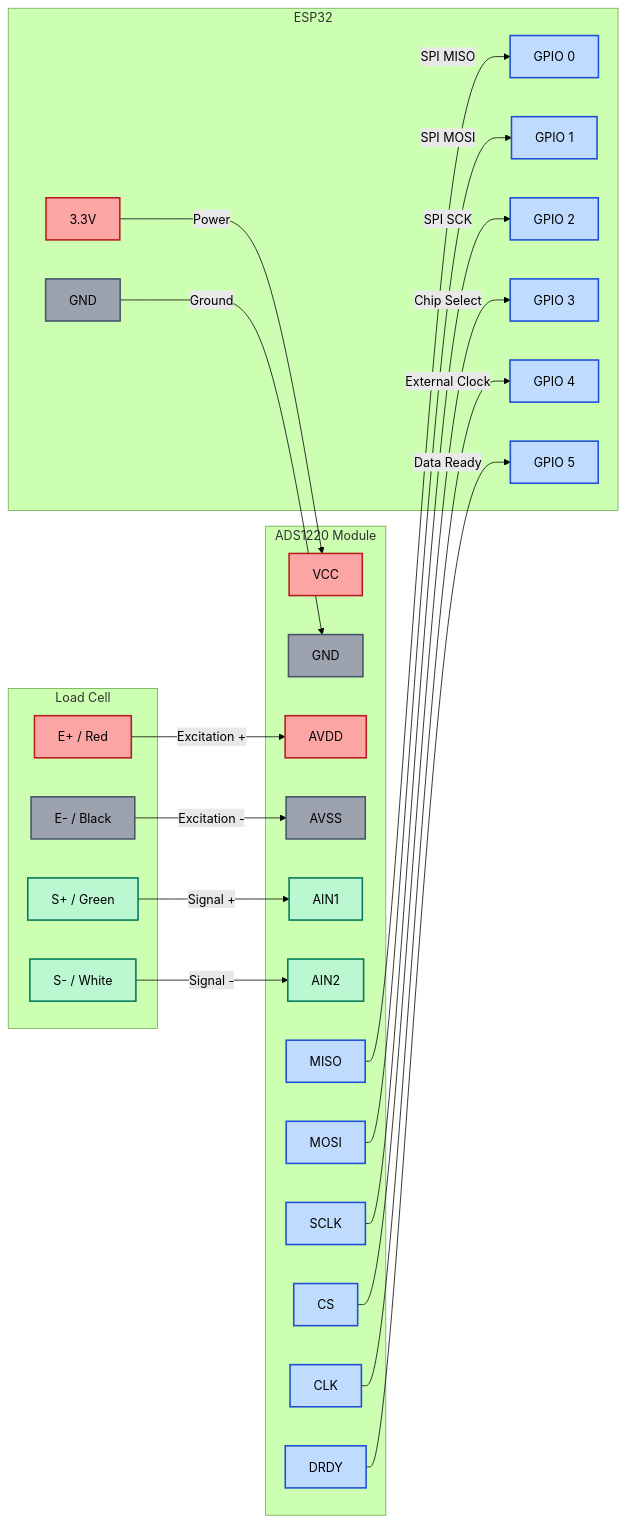
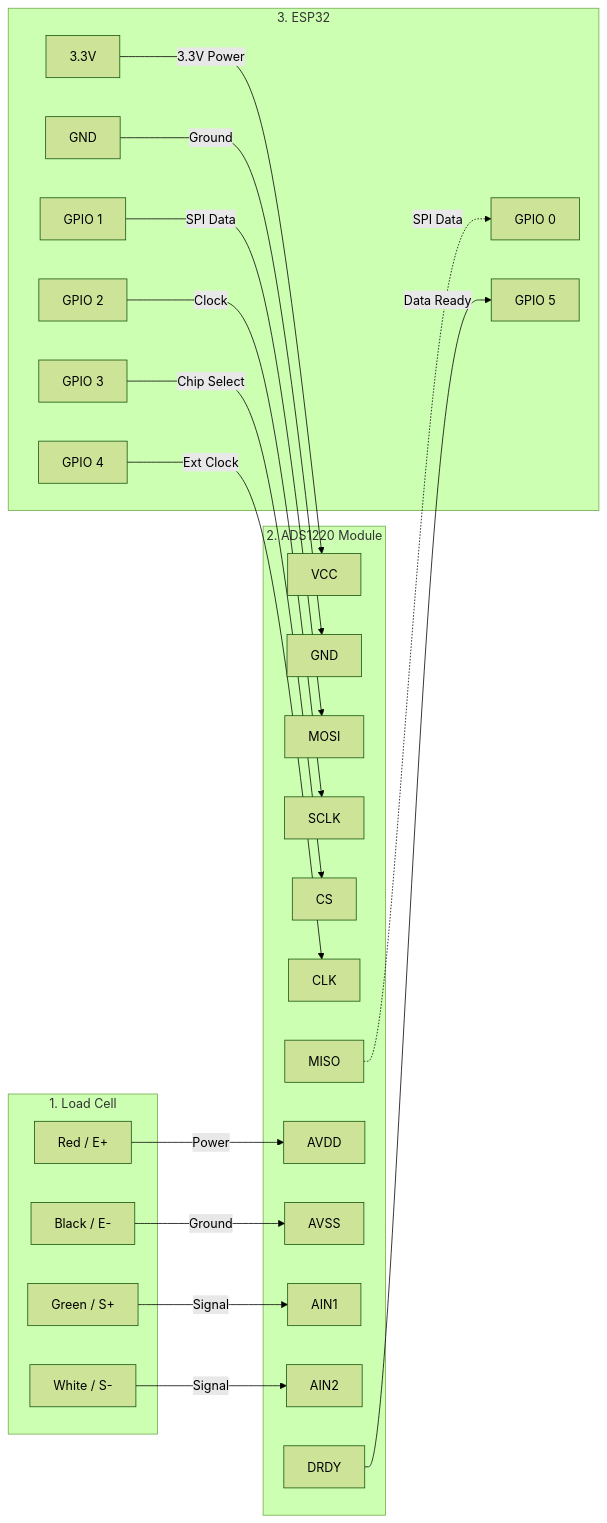
The diagram in README.md (Ste86-sudo/SmartRowerPro), drawn with Mermaid (forest theme) before and after one commit.

Commit message:
Refactor connection diagrams in README.md
Updated diagram syntax and connections for Load Cell, ADS1220, and ESP32 in README.

````diff
--- a/README.md
+++ b/README.md
@@ -38,64 +38,54 @@
 ```mermaid
-graph LR
-    subgraph Load Cell
-        LC_E_PLUS[E+ / Red]
-        LC_E_MINUS[E- / Black]
-        LC_S_PLUS[S+ / Green]
-        LC_S_MINUS[S- / White]
+flowchart LR
+    subgraph LoadCell [1. Load Cell]
+        E_PLUS[Red / E+]
+        E_MINUS[Black / E-]
+        S_PLUS[Green / S+]
+        S_MINUS[White / S-]
     end
 
-    subgraph ADS1220 Module
-        ADS_AVDD[AVDD]
-        ADS_AVSS[AVSS]
-        ADS_AIN1[AIN1]
-        ADS_AIN2[AIN2]
+    subgraph ADC [2. ADS1220 Module]
+        AVDD[AVDD]
+        AVSS[AVSS]
+        AIN1[AIN1]
+        AIN2[AIN2]
         
-        ADS_VCC[VCC]
-        ADS_GND[GND]
-        ADS_MISO[MISO]
-        ADS_MOSI[MOSI]
-        ADS_SCK[SCLK]
-        ADS_CS[CS]
-        ADS_CLK[CLK]
-        ADS_DRDY[DRDY]
+        VCC[VCC]
+        GND[GND]
+        MISO[MISO]
+        MOSI[MOSI]
+        SCLK[SCLK]
+        CS[CS]
+        CLK[CLK]
+        DRDY[DRDY]
     end
 
-    subgraph ESP32
-        ESP_3V3[3.3V]
-        ESP_GND[GND]
-        ESP_P0[GPIO 0]
-        ESP_P1[GPIO 1]
-        ESP_P2[GPIO 2]
-        ESP_P3[GPIO 3]
-        ESP_P4[GPIO 4]
-        ESP_P5[GPIO 5]
+    subgraph MCU [3. ESP32]
+        E_3V3[3.3V]
+        E_GND[GND]
+        E_P0[GPIO 0]
+        E_P1[GPIO 1]
+        E_P2[GPIO 2]
+        E_P3[GPIO 3]
+        E_P4[GPIO 4]
+        E_P5[GPIO 5]
     end
 
-    %% Load Cell -> ADS1220 Connections
-    LC_E_PLUS -->|Excitation +| ADS_AVDD
-    LC_E_MINUS -->|Excitation -| ADS_AVSS
-    LC_S_PLUS -->|Signal +| ADS_AIN1
-    LC_S_MINUS -->|Signal -| ADS_AIN2
+    %% Load Cell to ADC
+    E_PLUS -- Power --> AVDD
+    E_MINUS -- Ground --> AVSS
+    S_PLUS -- Signal --> AIN1
+    S_MINUS -- Signal --> AIN2
 
-    %% Power Connections
-    ESP_3V3 -->|Power| ADS_VCC
-    ESP_GND -->|Ground| ADS_GND
+    %% ESP32 to ADC (Power)
+    E_3V3 -- 3.3V Power --> VCC
+    E_GND -- Ground --> GND
 
-    %% SPI & Control Connections
-    ADS_MISO -->|SPI MISO| ESP_P0
-    ADS_MOSI -->|SPI MOSI| ESP_P1
-    ADS_SCK -->|SPI SCK| ESP_P2
-    ADS_CS -->|Chip Select| ESP_P3
-    ADS_CLK -->|External Clock| ESP_P4
-    ADS_DRDY -->|Data Ready| ESP_P5
-
-    classDef power fill:#fca5a5,stroke:#b91c1c,stroke-width:2px,color:black;
-    classDef gnd fill:#9ca3af,stroke:#475569,stroke-width:2px,color:black;
-    classDef signal fill:#bbf7d0,stroke:#047857,stroke-width:2px,color:black;
-    classDef spi fill:#bfdbfe,stroke:#1d4ed8,stroke-width:2px,color:black;
-
-    class LC_E_PLUS,ADS_AVDD,ADS_VCC,ESP_3V3 power;
-    class LC_E_MINUS,ADS_AVSS,ADS_GND,ESP_GND gnd;
-    class LC_S_PLUS,LC_S_MINUS,ADS_AIN1,ADS_AIN2 signal;
-    class ADS_MISO,ADS_MOSI,ADS_SCK,ADS_CS,ADS_CLK,ADS_DRDY,ESP_P0,ESP_P1,ESP_P2,ESP_P3,ESP_P4,ESP_P5 spi;
+    %% ESP32 to ADC (SPI)
+    MISO -. SPI Data .-> E_P0
+    E_P1 -- SPI Data --> MOSI
+    E_P2 -- Clock --> SCLK
+    E_P3 -- Chip Select --> CS
+    E_P4 -- Ext Clock --> CLK
+    DRDY -- Data Ready --> E_P5
 ```
````
